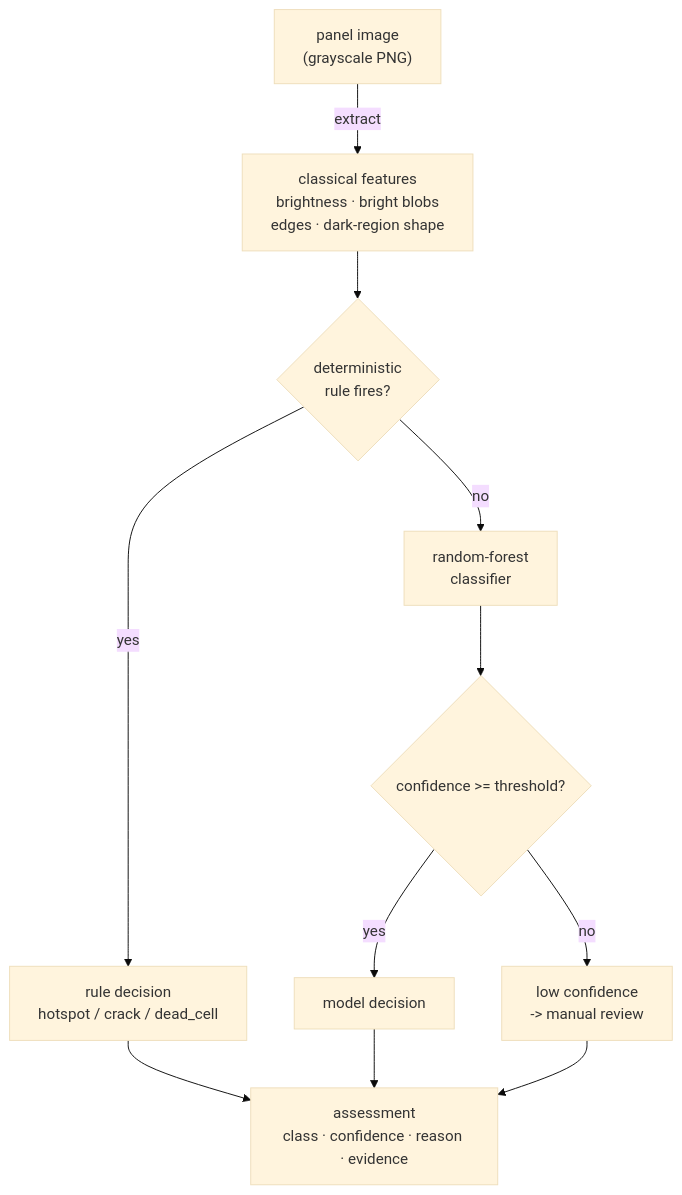
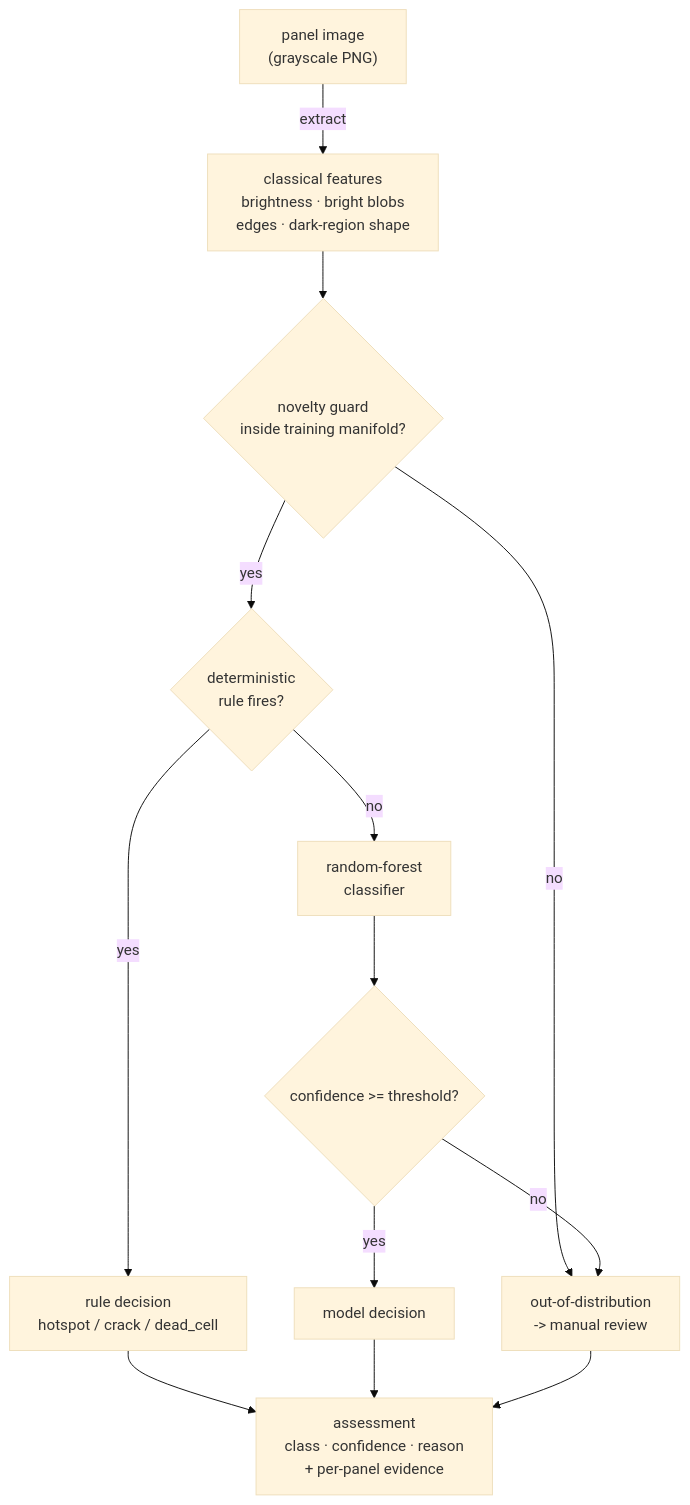
Before and after one commit to Angelsoul35/solarvision: the diagram in README.md, drawn with Mermaid (base theme). The commit also changed other lines of this file and 6 other files, not shown here.

First line of the commit message:
Add a novelty guard and per-panel evidence; make the honesty guard the gap

````diff
--- a/README.md
+++ b/README.md
@@ -34,13 +34,15 @@
 ```mermaid
 flowchart TD
     IMG["panel image<br/>(grayscale PNG)"] -->|extract| FEAT["classical features<br/>brightness · bright blobs<br/>edges · dark-region shape"]
-    FEAT --> RULES{deterministic<br/>rule fires?}
+    FEAT --> NOV{novelty guard<br/>inside training manifold?}
+    NOV -->|no| REVIEW["out-of-distribution<br/>-> manual review"]
+    NOV -->|yes| RULES{deterministic<br/>rule fires?}
     RULES -->|yes| RULEOUT["rule decision<br/>hotspot / crack / dead_cell"]
     RULES -->|no| MODEL["random-forest<br/>classifier"]
     MODEL --> CONF{confidence >= threshold?}
-    CONF -->|no| REVIEW["low confidence<br/>-> manual review"]
+    CONF -->|no| REVIEW
     CONF -->|yes| MODELOUT["model decision"]
-    RULEOUT --> REPORT["assessment<br/>class · confidence · reason · evidence"]
+    RULEOUT --> REPORT["assessment<br/>class · confidence · reason<br/>+ per-panel evidence"]
     MODELOUT --> REPORT
     REVIEW --> REPORT
 ```
````
